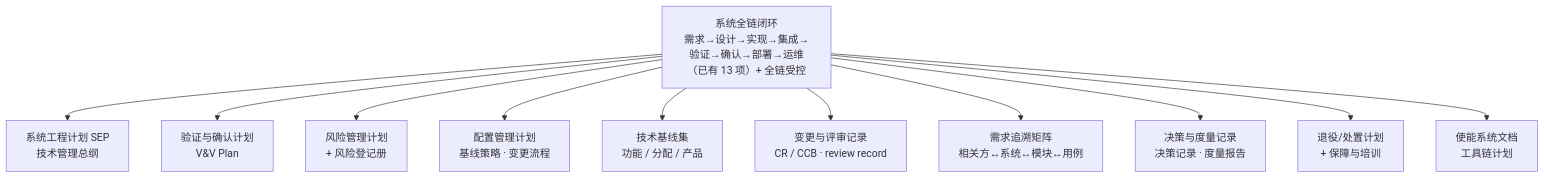
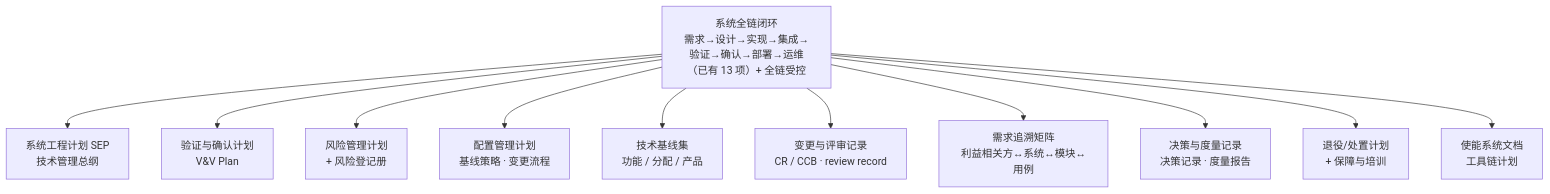
Diagram 14 of 21 in 100-subprojects/01-系统工程研究/00-系统工程相关研究报告/13-工程角色谱系研究报告-从模块工程师到系统架构师.md (Yongjunzhou/AOS-system-design), drawn with Mermaid before and after one commit. The commit also changed other lines of this file and 38 other files, not shown here.

````diff
--- a/100-subprojects/01-系统工程研究/00-系统工程相关研究报告/13-工程角色谱系研究报告-从模块工程师到系统架构师.md
+++ b/100-subprojects/01-系统工程研究/00-系统工程相关研究报告/13-工程角色谱系研究报告-从模块工程师到系统架构师.md
@@ -551,13 +585,13 @@
 ```mermaid
 flowchart TD
     CORE2["系统全链闭环<br/>需求→设计→实现→集成→验证→确认→部署→运维<br/>（已有 13 项）+ 全链受控"] --> P1["系统工程计划 SEP<br/>技术管理总纲"]
     CORE2 --> P2["验证与确认计划<br/>V&amp;V Plan"]
     CORE2 --> P3["风险管理计划<br/>+ 风险登记册"]
     CORE2 --> P4["配置管理计划<br/>基线策略 · 变更流程"]
     CORE2 --> P5["技术基线集<br/>功能 / 分配 / 产品"]
     CORE2 --> P6["变更与评审记录<br/>CR / CCB · review record"]
-    CORE2 --> P7["需求追溯矩阵<br/>相关方↔系统↔模块↔用例"]
+    CORE2 --> P7["需求追溯矩阵<br/>利益相关方↔系统↔模块↔用例"]
     CORE2 --> P8["决策与度量记录<br/>决策记录 · 度量报告"]
     CORE2 --> P9["退役/处置计划<br/>+ 保障与培训"]
     CORE2 --> P10["使能系统文档<br/>工具链计划"]
 ```
````
